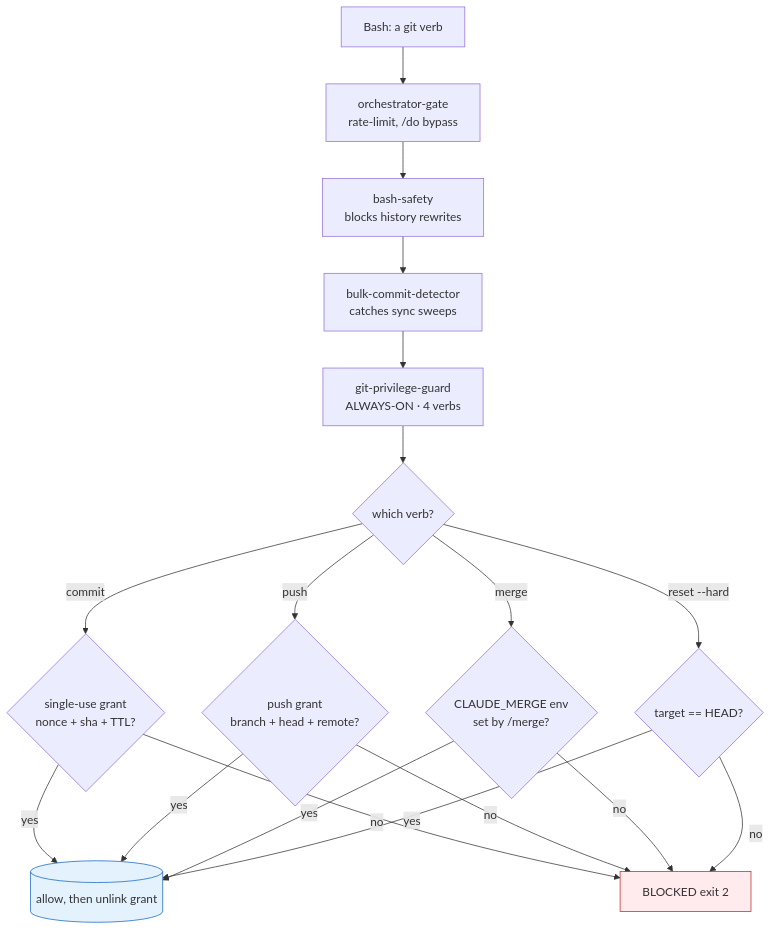
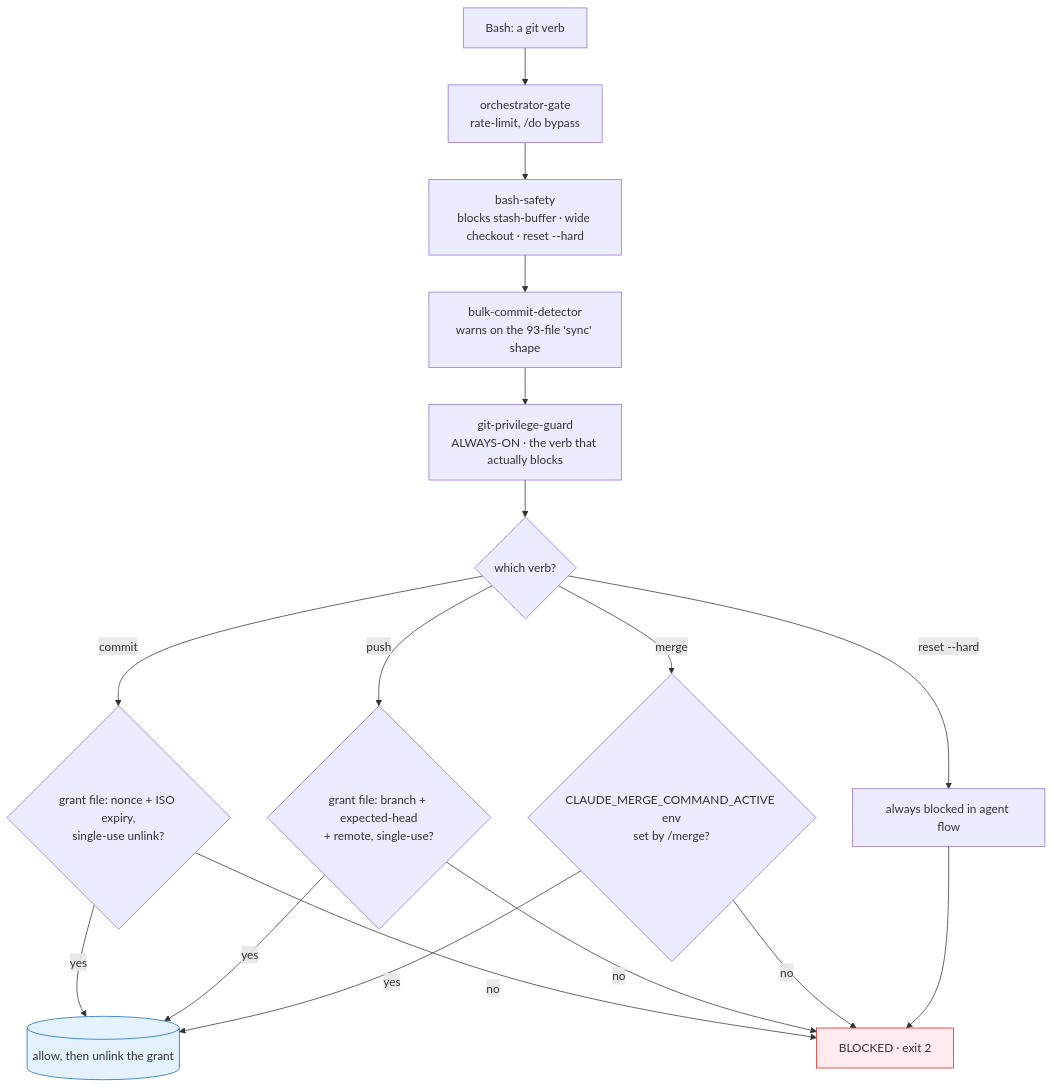
One commit to Yugoge/awesome-claude-harness changed the second of 3 diagrams in README.md. Above: the diagram before and after it, drawn with Mermaid. The commit also changed other lines of this file and 29 other files, not shown here.

````diff
--- a/README.md
+++ b/README.md
@@ -118,21 +148,23 @@
 ```mermaid
 flowchart TD
     B[Bash: a git verb] --> H1[orchestrator-gate<br/>rate-limit, /do bypass]
-    H1 --> H2[bash-safety<br/>blocks history rewrites]
-    H2 --> H3[bulk-commit-detector<br/>catches sync sweeps]
-    H3 --> H4[git-privilege-guard<br/>ALWAYS-ON · 4 verbs]
+    H1 --> H2[bash-safety<br/>blocks stash-buffer · wide checkout · reset --hard]
+    H2 --> H3[bulk-commit-detector<br/>warns on the 93-file 'sync' shape]
+    H3 --> H4[git-privilege-guard<br/>ALWAYS-ON · the verb that actually blocks]
 
     H4 --> C{which verb?}
-    C -->|commit| G1{single-use grant<br/>nonce + sha + TTL?}
-    C -->|push| G2{push grant<br/>branch + head + remote?}
-    C -->|merge| G3{CLAUDE_MERGE env<br/>set by /merge?}
-    C -->|reset --hard| G4{target == HEAD?}
+    C -->|commit| G1{grant file: nonce + ISO expiry,<br/>single-use unlink?}
+    C -->|push| G2{grant file: branch + expected-head<br/>+ remote, single-use?}
+    C -->|merge| G3{CLAUDE_MERGE_COMMAND_ACTIVE env<br/>set by /merge?}
+    C -->|reset --hard| G4[always blocked in agent flow]
 
-    G1 & G2 & G3 & G4 -->|yes| OK[(allow, then unlink grant)]
-    G1 & G2 & G3 & G4 -->|no| NO[BLOCKED exit 2]
+    G1 & G2 -->|yes| OK[(allow, then unlink the grant)]
+    G3 -->|yes| OK
+    G1 & G2 & G3 -->|no| NO[BLOCKED · exit 2]
+    G4 --> NO
 
     classDef block fill:#ffebee,stroke:#c62828
     classDef ok fill:#e3f2fd,stroke:#1565c0
     class NO block
     class OK ok
 ```
````
